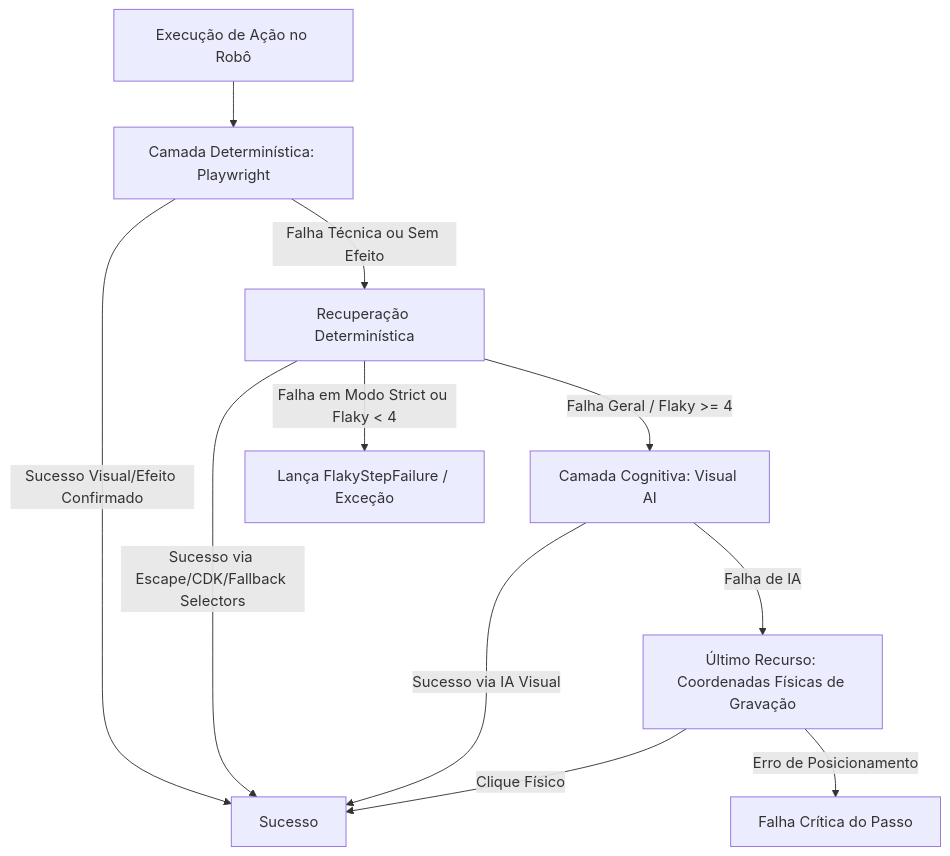
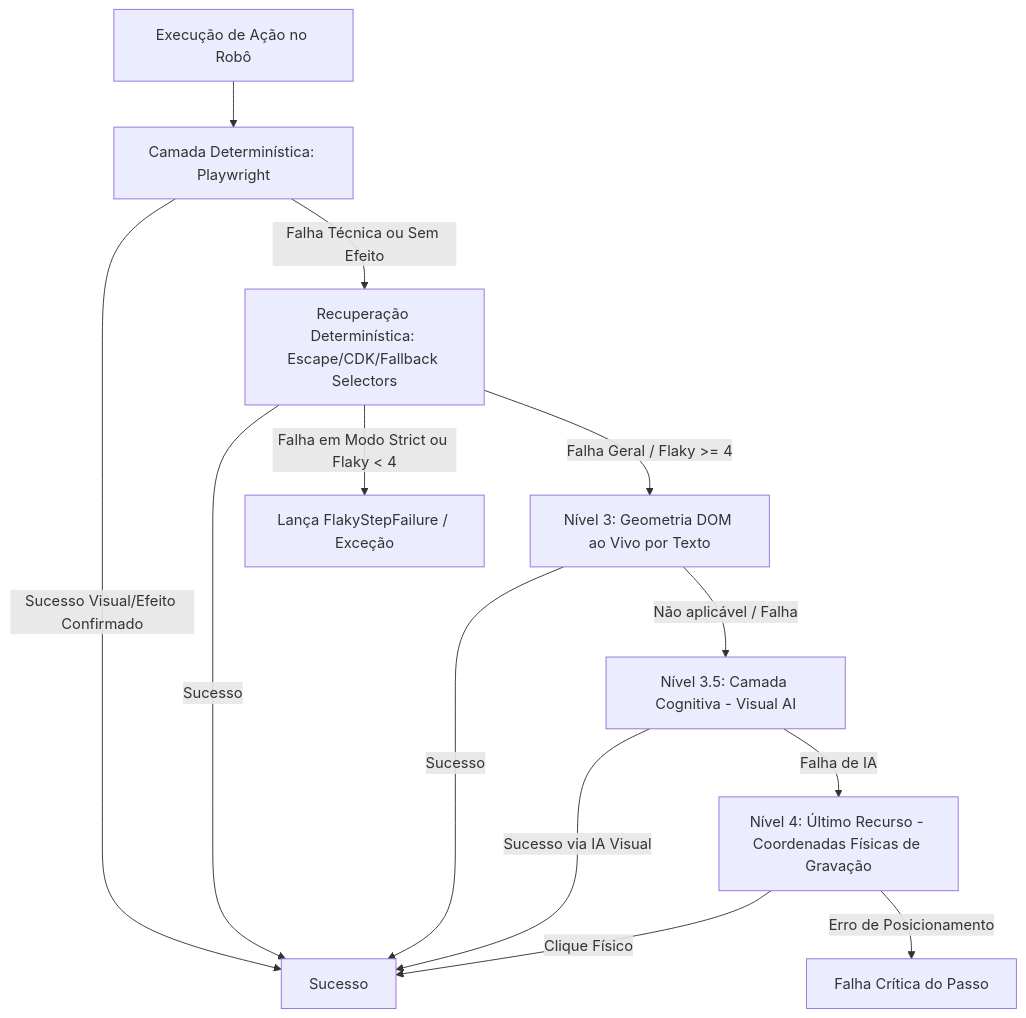
Before and after one commit to dseto/aegis_rpa_suite: the diagram in aegis_runner/aegis_runner.md, drawn with Mermaid. The commit also changed other lines of this file and 2 other files, not shown here.

````diff
--- a/aegis_runner/aegis_runner.md
+++ b/aegis_runner/aegis_runner.md
@@ -15,13 +15,15 @@
 ```mermaid
 graph TD
     A[Execução de Ação no Robô] --> B[Camada Determinística: Playwright]
     B -->|Sucesso Visual/Efeito Confirmado| C[Sucesso]
-    B -->|Falha Técnica ou Sem Efeito| D[Recuperação Determinística]
-    D -->|Sucesso via Escape/CDK/Fallback Selectors| C
+    B -->|Falha Técnica ou Sem Efeito| D[Recuperação Determinística: Escape/CDK/Fallback Selectors]
+    D -->|Sucesso| C
     D -->|Falha em Modo Strict ou Flaky < 4| E[Lança FlakyStepFailure / Exceção]
-    D -->|Falha Geral / Flaky >= 4| F[Camada Cognitiva: Visual AI]
+    D -->|Falha Geral / Flaky >= 4| G3[Nível 3: Geometria DOM ao Vivo por Texto]
+    G3 -->|Sucesso| C
+    G3 -->|Não aplicável / Falha| F[Nível 3.5: Camada Cognitiva - Visual AI]
     F -->|Sucesso via IA Visual| C
-    F -->|Falha de IA| G[Último Recurso: Coordenadas Físicas de Gravação]
+    F -->|Falha de IA| G[Nível 4: Último Recurso - Coordenadas Físicas de Gravação]
     G -->|Clique Físico| C
     G -->|Erro de Posicionamento| H[Falha Crítica do Passo]
 ```
````
